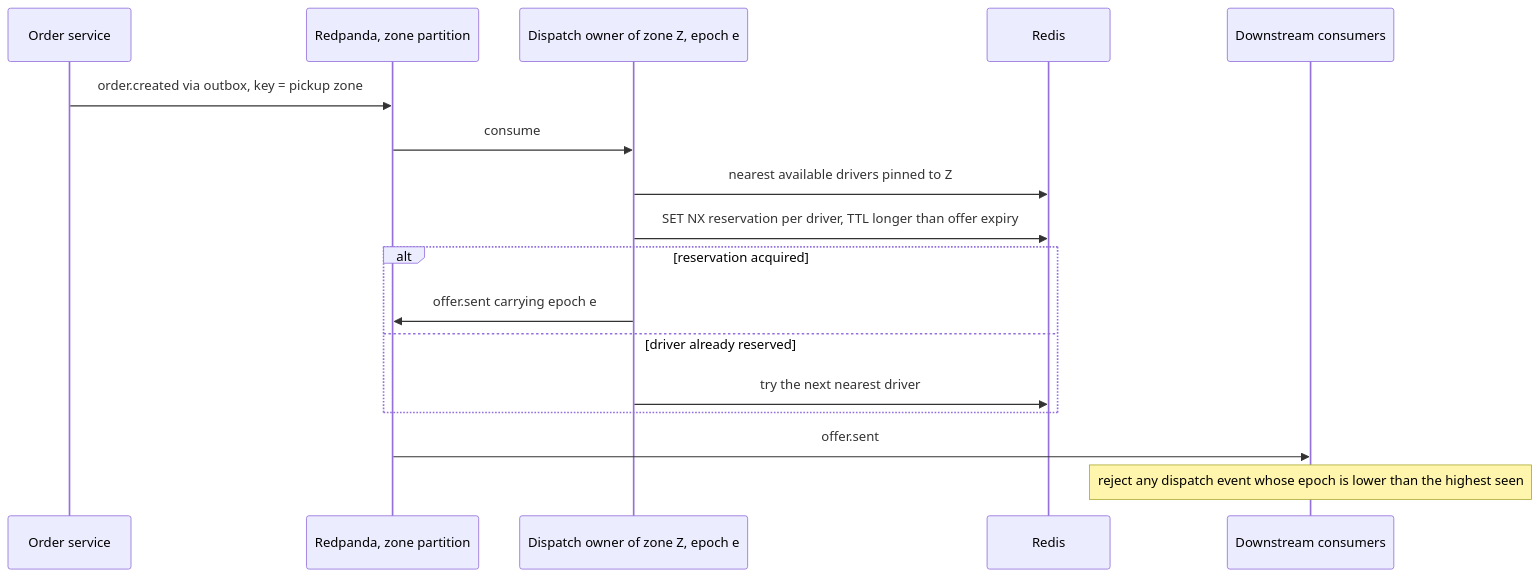
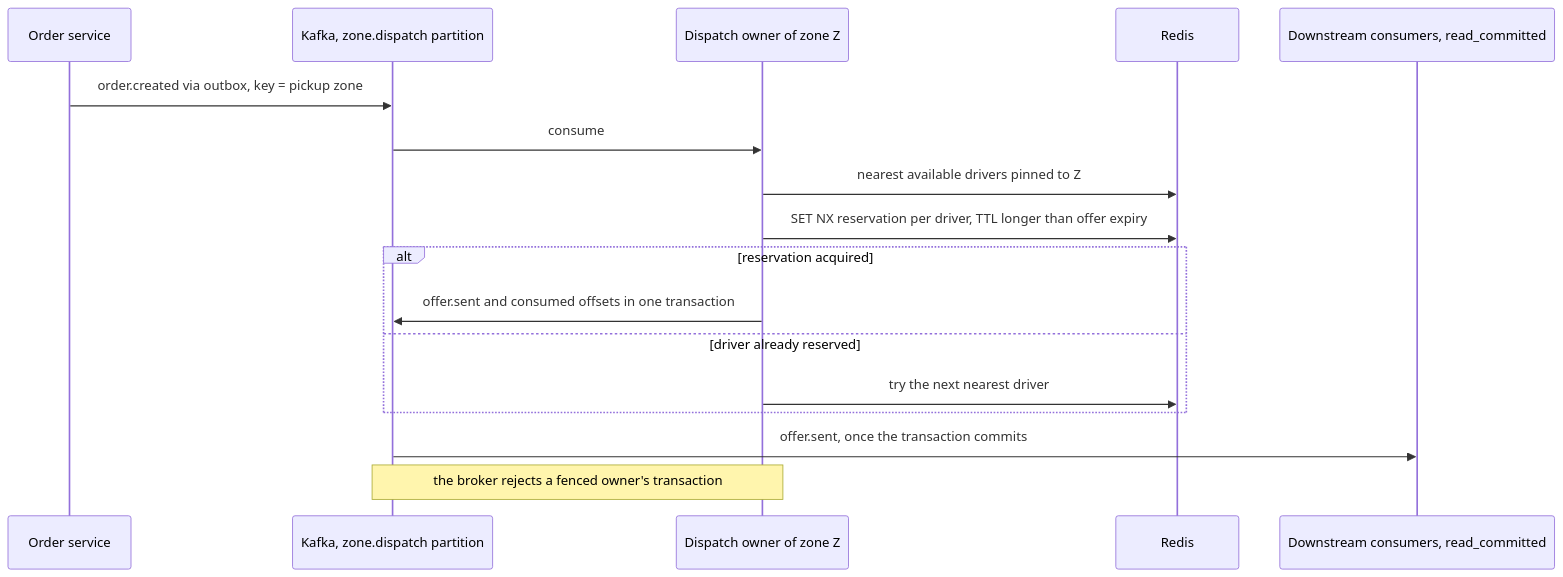
The fourth of 5 diagrams in README.md (Abdelwahab313/flotilla-stream), drawn with Mermaid before and after one commit. The commit also changed other lines of this file and 29 other files, not shown here.

````diff
--- a/README.md
+++ b/README.md
@@ -277,19 +306,19 @@
 ```mermaid
 sequenceDiagram
   participant O as Order service
-  participant L as Redpanda, zone partition
-  participant D as Dispatch owner of zone Z, epoch e
+  participant L as Kafka, zone.dispatch partition
+  participant D as Dispatch owner of zone Z
   participant R as Redis
-  participant C as Downstream consumers
+  participant C as Downstream consumers, read_committed
   O->>L: order.created via outbox, key = pickup zone
   L->>D: consume
   D->>R: nearest available drivers pinned to Z
   D->>R: SET NX reservation per driver, TTL longer than offer expiry
   alt reservation acquired
-    D->>L: offer.sent carrying epoch e
+    D->>L: offer.sent and consumed offsets in one transaction
   else driver already reserved
     D->>R: try the next nearest driver
   end
-  L->>C: offer.sent
-  Note over C: reject any dispatch event whose epoch is lower than the highest seen
+  L->>C: offer.sent, once the transaction commits
+  Note over D,L: the broker rejects a fenced owner's transaction
 ```
````
